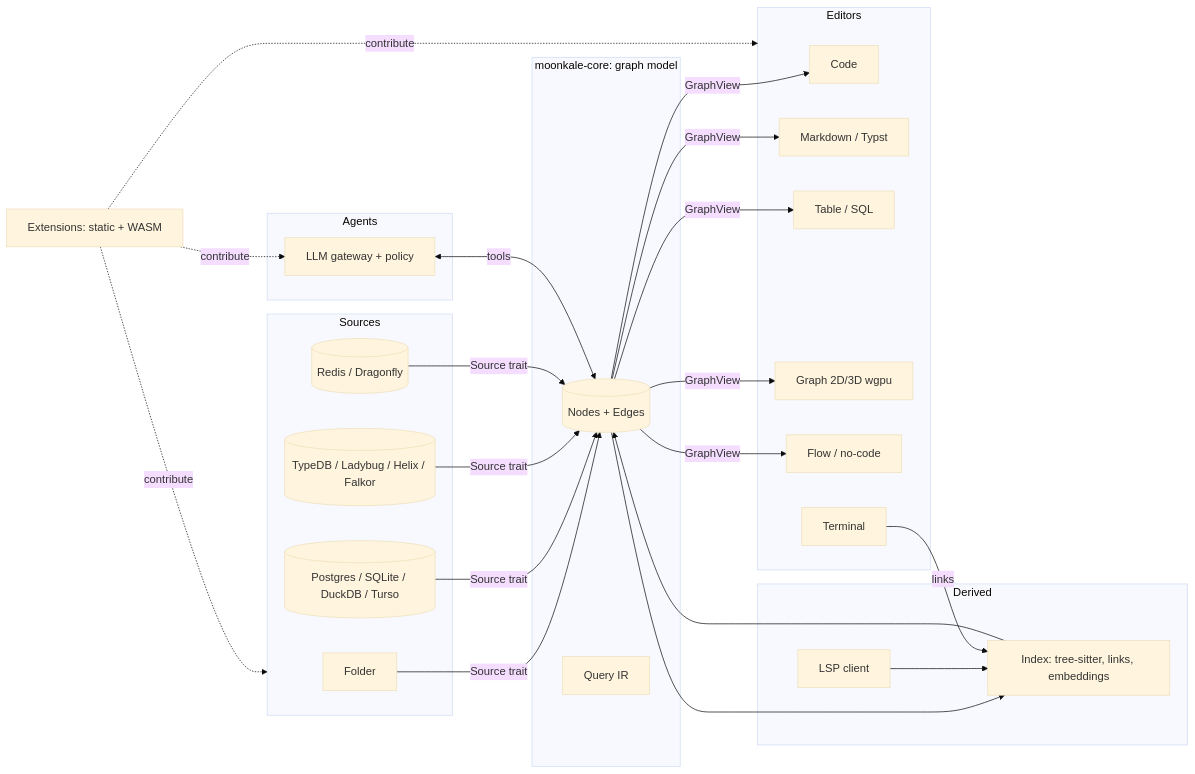
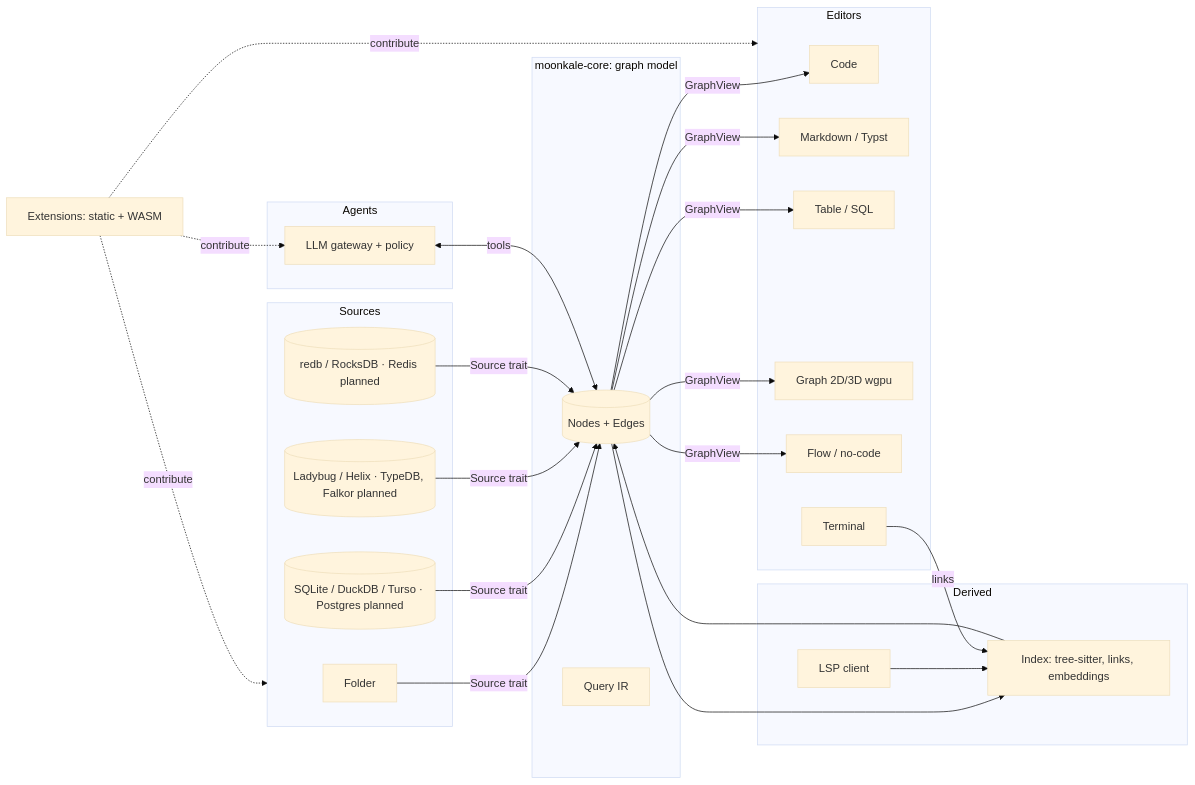
One commit to MathStruct/Moonkale changed the first of 2 diagrams in markdown/architecture/Overview.md. Above: the diagram before and after it, drawn with Mermaid (base theme). The commit also changed other lines of this file and 60 other files, not shown here.

````diff
--- a/markdown/architecture/Overview.md
+++ b/markdown/architecture/Overview.md
@@ -7,35 +7,35 @@
 ```mermaid
 flowchart LR
   subgraph Sources
     FS[Folder]
-    SQL[(Postgres / SQLite / DuckDB / Turso)]
-    GDB[(TypeDB / Ladybug / Helix / Falkor)]
-    KV[(Redis / Dragonfly)]
+    SQL[(SQLite / DuckDB / Turso · Postgres planned)]
+    GDB[(Ladybug / Helix · TypeDB, Falkor planned)]
+    KV[(redb / RocksDB · Redis planned)]
   end
   subgraph Core["moonkale-core: graph model"]
     G[(Nodes + Edges)]
     Q[Query IR]
   end
   subgraph Derived
     IDX[Index: tree-sitter, links, embeddings]
     LSP[LSP client]
   end
   subgraph Editors
     CODE[Code]
     MD[Markdown / Typst]
     TBL[Table / SQL]
     GRAPH[Graph 2D/3D wgpu]
     FLOW[Flow / no-code]
     TERM[Terminal]
   end
   subgraph Agents
     LLM[LLM gateway + policy]
   end
   FS & SQL & GDB & KV -->|Source trait| G
   G --> IDX --> G
   LSP --> IDX
   G -->|GraphView| CODE & MD & TBL & GRAPH & FLOW
   TERM -->|links| IDX
   LLM <-->|tools| G
   EXT[Extensions: static + WASM] -.contribute.-> Editors & Sources & LLM
 ```
````
